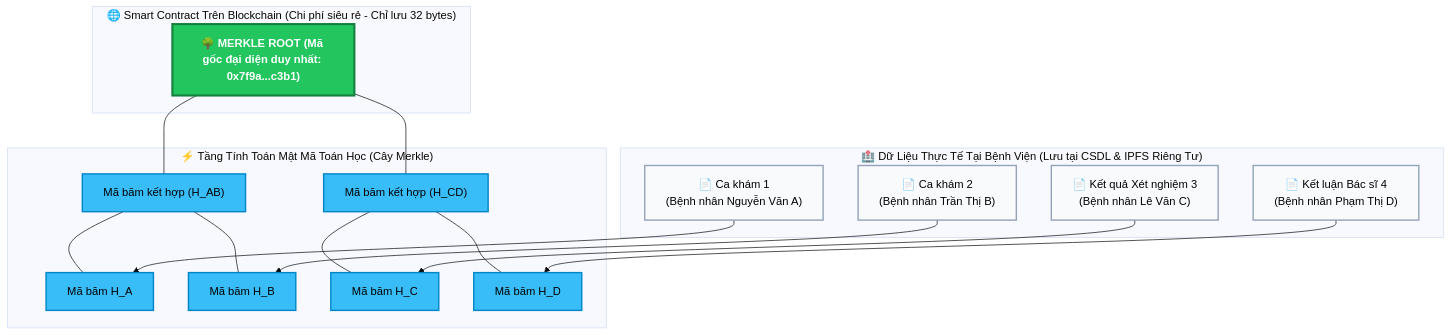
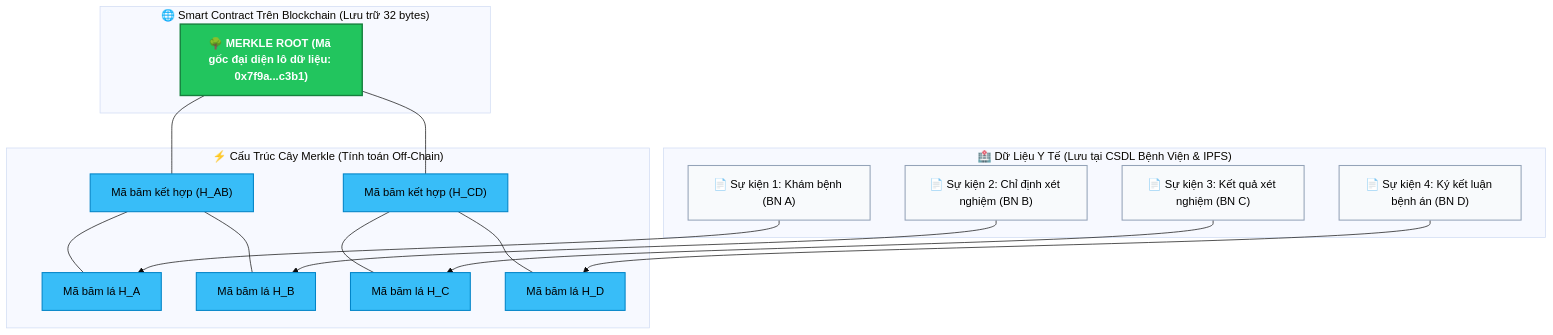
Before and after one commit to duc19092005/KLTN: the first of 2 diagrams in README.md, drawn with Mermaid (base theme). The commit also changed other lines of this file and 1 other file, not shown here.

````diff
--- a/README.md
+++ b/README.md
@@ -57,39 +56,39 @@
 ```mermaid
 graph TD
-    subgraph S["🌐 Smart Contract Trên Blockchain (Chi phí siêu rẻ - Chỉ lưu 32 bytes)"]
-        Root["🌳 MERKLE ROOT (Mã gốc đại diện duy nhất: 0x7f9a...c3b1)"]
+    subgraph S["🌐 Smart Contract Trên Blockchain (Lưu trữ 32 bytes)"]
+        Root["🌳 MERKLE ROOT (Mã gốc đại diện lô dữ liệu: 0x7f9a...c3b1)"]
     end
 
-    subgraph M["⚡ Tầng Tính Toán Mật Mã Toán Học (Cây Merkle)"]
+    subgraph M["⚡ Cấu Trúc Cây Merkle (Tính toán Off-Chain)"]
         H_AB["Mã băm kết hợp (H_AB)"]
         H_CD["Mã băm kết hợp (H_CD)"]
         
         Root --- H_AB
         Root --- H_CD
 
-        H_A["Mã băm H_A"]
-        H_B["Mã băm H_B"]
-        H_C["Mã băm H_C"]
-        H_D["Mã băm H_D"]
+        H_A["Mã băm lá H_A"]
+        H_B["Mã băm lá H_B"]
+        H_C["Mã băm lá H_C"]
+        H_D["Mã băm lá H_D"]
 
         H_AB --- H_A
         H_AB --- H_B
         H_CD --- H_C
         H_CD --- H_D
     end
 
-    subgraph D["🏥 Dữ Liệu Thực Tế Tại Bệnh Viện (Lưu tại CSDL & IPFS Riêng Tư)"]
-        DocA["📄 Ca khám 1<br>(Bệnh nhân Nguyễn Văn A)"] --> H_A
-        DocB["📄 Ca khám 2<br>(Bệnh nhân Trần Thị B)"] --> H_B
-        DocC["📄 Kết quả Xét nghiệm 3<br>(Bệnh nhân Lê Văn C)"] --> H_C
-        DocD["📄 Kết luận Bác sĩ 4<br>(Bệnh nhân Phạm Thị D)"] --> H_D
+    subgraph D["🏥 Dữ Liệu Y Tế (Lưu tại CSDL Bệnh Viện & IPFS)"]
+        DocA["📄 Sự kiện 1: Khám bệnh (BN A)"] --> H_A
+        DocB["📄 Sự kiện 2: Chỉ định xét nghiệm (BN B)"] --> H_B
+        DocC["📄 Sự kiện 3: Kết quả xét nghiệm (BN C)"] --> H_C
+        DocD["📄 Sự kiện 4: Ký kết luận bệnh án (BN D)"] --> H_D
     end
 
-    classDef rootStyle fill:#22c55e,stroke:#15803d,stroke-width:3px,color:#ffffff,font-weight:bold;
-    classDef nodeStyle fill:#38bdf8,stroke:#0284c7,stroke-width:2px,color:#000000;
-    classDef docStyle fill:#f8fafc,stroke:#94a3b8,stroke-width:2px,color:#000000;
+    classDef rootStyle fill:#22c55e,stroke:#15803d,stroke-width:2px,color:#ffffff,font-weight:bold;
+    classDef nodeStyle fill:#38bdf8,stroke:#0284c7,stroke-width:1.5px,color:#000000;
+    classDef docStyle fill:#f8fafc,stroke:#94a3b8,stroke-width:1.5px,color:#000000;
     
     class Root rootStyle;
     class H_AB,H_CD,H_A,H_B,H_C,H_D nodeStyle;
     class DocA,DocB,DocC,DocD docStyle;
 ```
````
